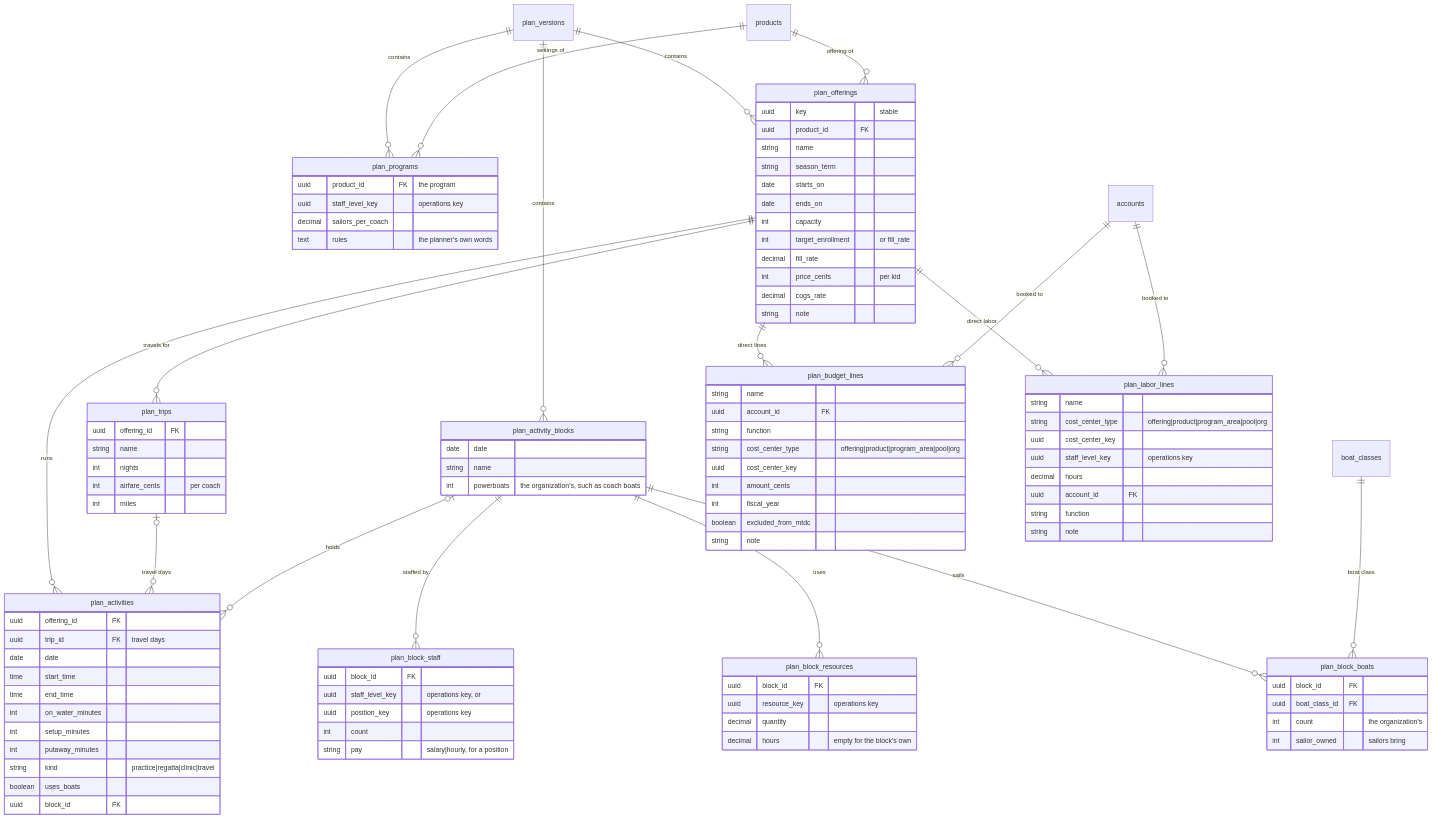
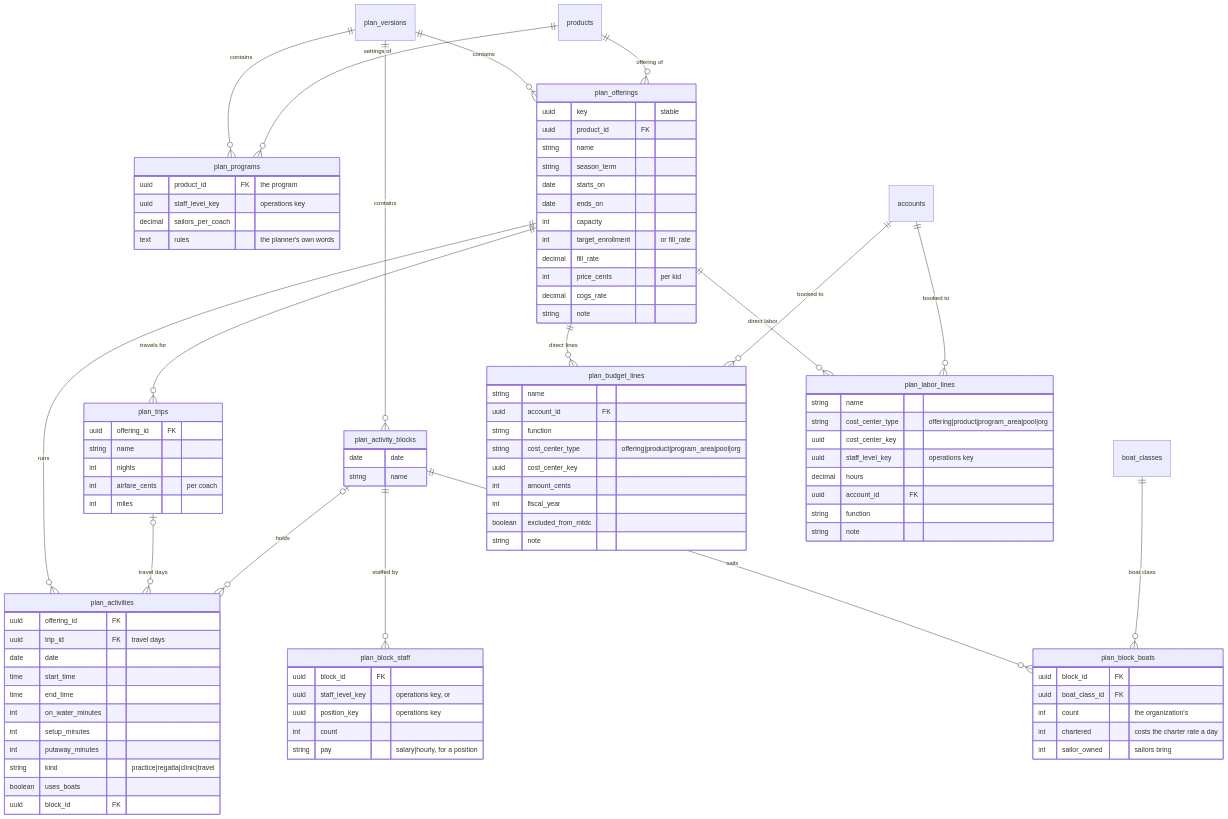
Before and after one commit to cyc-seattle/platform: the fourth of 7 diagrams in docs/planning-schema.md, drawn with Mermaid. The commit also changed other lines of this file and 27 other files, not shown here.

First line of the commit message:
feat(planning): every boat has a class, with one rate per class and charters by the day

```diff
--- a/docs/planning-schema.md
+++ b/docs/planning-schema.md
@@ -287,7 +285,6 @@
     plan_versions ||--o{ plan_activity_blocks : contains
     plan_activity_blocks |o--o{ plan_activities : holds
     plan_activity_blocks ||--o{ plan_block_staff : "staffed by"
-    plan_activity_blocks ||--o{ plan_block_resources : uses
     plan_activity_blocks ||--o{ plan_block_boats : sails
     boat_classes ||--o{ plan_block_boats : "boat class"
     plan_offerings ||--o{ plan_budget_lines : "direct lines"
@@ -331,7 +328,6 @@
     plan_activity_blocks {
         date date
         string name
-        int powerboats "the organization's, such as coach boats"
     }
     plan_block_staff {
         uuid block_id FK
@@ -340,16 +336,11 @@
         int count
         string pay "salary|hourly, for a position"
     }
-    plan_block_resources {
-        uuid block_id FK
-        uuid resource_key "operations key"
-        decimal quantity
-        decimal hours "empty for the block's own"
-    }
     plan_block_boats {
         uuid block_id FK
         uuid boat_class_id FK
         int count "the organization's"
+        int chartered "costs the charter rate a day"
         int sailor_owned "sailors bring"
     }
     plan_trips {
```
